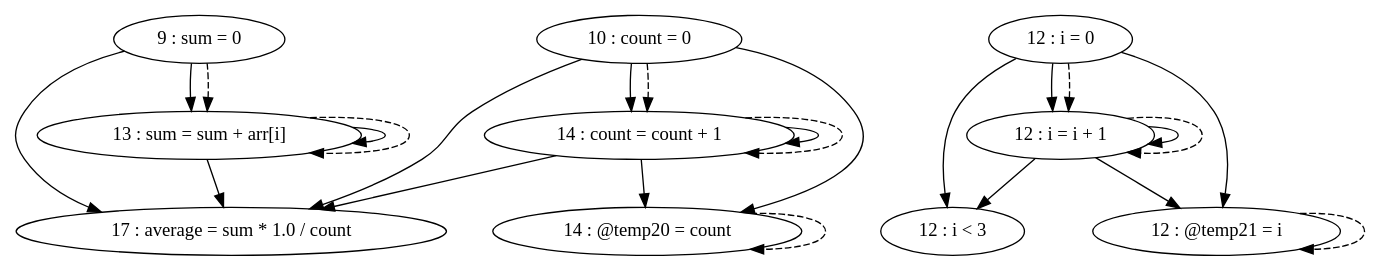
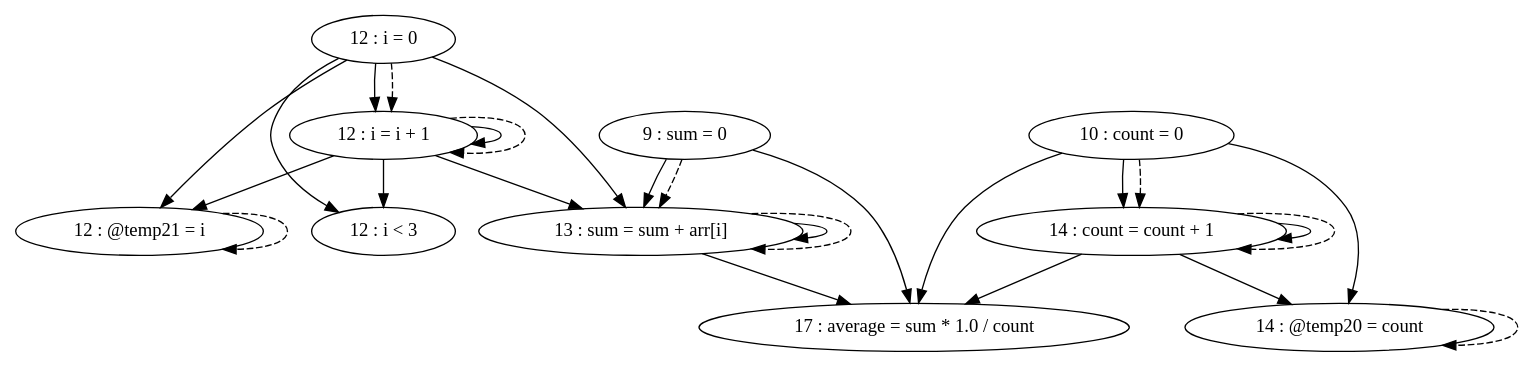
The diagram in pdg/source/testFiles/TestCases/TestCase10/TestCase10-test1.gv (thomassimko/thesis-code-duplication), drawn with Graphviz before and after one commit. The commit also changed 33 other files, not shown here.

```diff
--- a/pdg/source/testFiles/TestCases/TestCase10/TestCase10-test1.gv
+++ b/pdg/source/testFiles/TestCases/TestCase10/TestCase10-test1.gv
@@ -1,36 +1,38 @@
 digraph G {
 "9 : sum = 0"
 "9 : sum = 0" -> "17 : average = sum * 1.0 / count"
 "9 : sum = 0" -> "13 : sum = sum + arr[i]"
 "9 : sum = 0" -> "13 : sum = sum + arr[i]" [style=dashed]
 "10 : count = 0"
 "10 : count = 0" -> "17 : average = sum * 1.0 / count"
 "10 : count = 0" -> "14 : count = count + 1"
 "10 : count = 0" -> "14 : @temp20 = count"
 "10 : count = 0" -> "14 : count = count + 1" [style=dashed]
 "12 : i = 0"
+"12 : i = 0" -> "12 : i = i + 1"
 "12 : i = 0" -> "12 : i < 3"
-"12 : i = 0" -> "12 : i = i + 1"
+"12 : i = 0" -> "13 : sum = sum + arr[i]"
 "12 : i = 0" -> "12 : @temp21 = i"
 "12 : i = 0" -> "12 : i = i + 1" [style=dashed]
 "12 : i < 3"
 "13 : sum = sum + arr[i]"
 "13 : sum = sum + arr[i]" -> "17 : average = sum * 1.0 / count"
 "13 : sum = sum + arr[i]" -> "13 : sum = sum + arr[i]"
 "13 : sum = sum + arr[i]" -> "13 : sum = sum + arr[i]" [style=dashed]
 "14 : @temp20 = count"
 "14 : @temp20 = count" -> "14 : @temp20 = count" [style=dashed]
 "14 : count = count + 1"
 "14 : count = count + 1" -> "17 : average = sum * 1.0 / count"
 "14 : count = count + 1" -> "14 : count = count + 1"
 "14 : count = count + 1" -> "14 : @temp20 = count"
 "14 : count = count + 1" -> "14 : count = count + 1" [style=dashed]
 "12 : @temp21 = i"
 "12 : @temp21 = i" -> "12 : @temp21 = i" [style=dashed]
 "12 : i = i + 1"
+"12 : i = i + 1" -> "12 : i = i + 1"
 "12 : i = i + 1" -> "12 : i < 3"
-"12 : i = i + 1" -> "12 : i = i + 1"
+"12 : i = i + 1" -> "13 : sum = sum + arr[i]"
 "12 : i = i + 1" -> "12 : @temp21 = i"
 "12 : i = i + 1" -> "12 : i = i + 1" [style=dashed]
 "17 : average = sum * 1.0 / count"
 }
```
